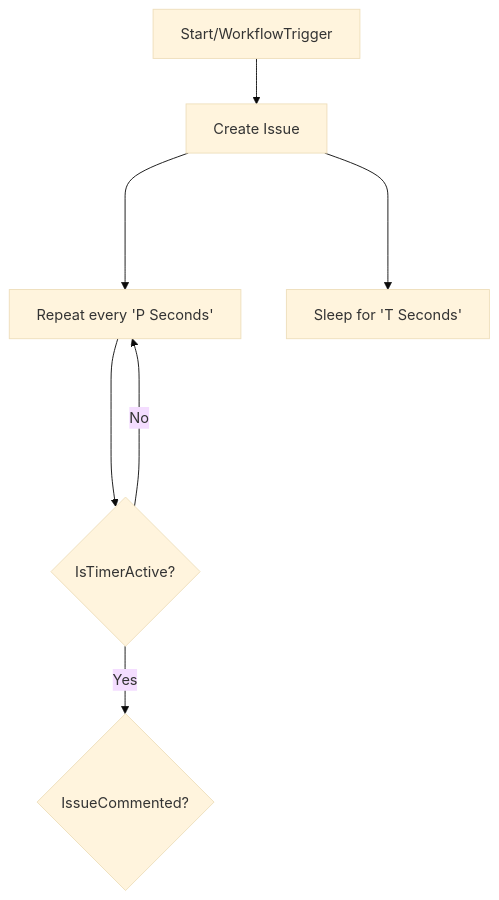
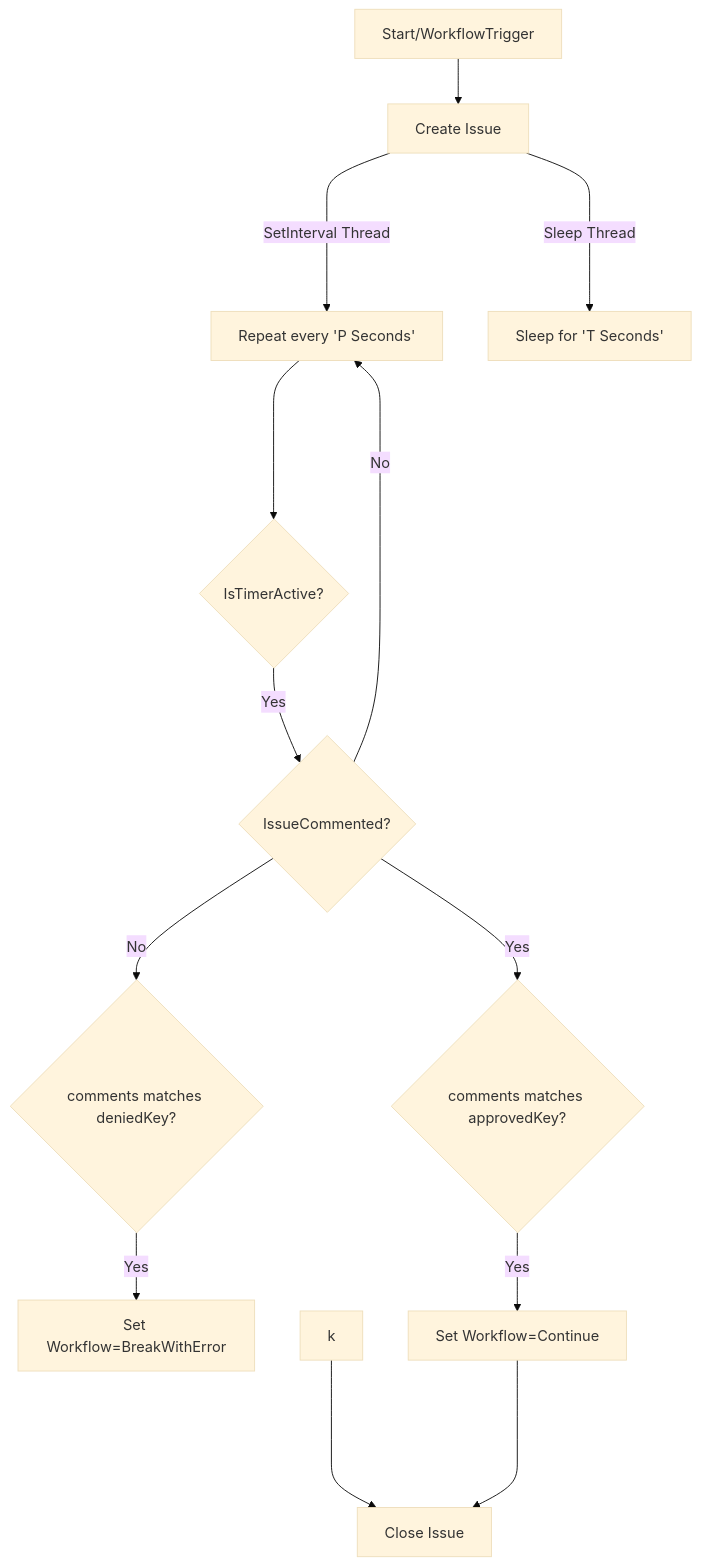
Before and after one commit to yog-labs/custom-starter-template: the diagram in README.md, drawn with Mermaid (base theme).

````diff
--- a/README.md
+++ b/README.md
@@ -45,9 +45,15 @@
 ```mermaid
 flowchart TD
     A[Start/WorkflowTrigger] --> B[Create Issue];
-    B ----> C[Repeat every 'P Seconds'];
-    B ----> D[Sleep for 'T Seconds'];
+    B ----> |SetInterval Thread| C[Repeat every 'P Seconds'];
+    B ----> |Sleep Thread| D[Sleep for 'T Seconds'];
     C ----> E{IsTimerActive?};
     E -- Yes --> F{IssueCommented?}
-    E -- No --> C
+    F -- No --> C
+    F -- Yes --> G{comments matches approvedKey?}
+    F -- No --> J{comments matches deniedKey?}
+    J -- Yes --> K[Set Workflow=BreakWithError]
+    k ----> I[Close Issue]
+    G -- Yes --> H[Set Workflow=Continue]
+    H ---->  I[Close Issue]
 ```
````
